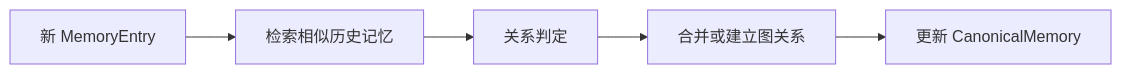
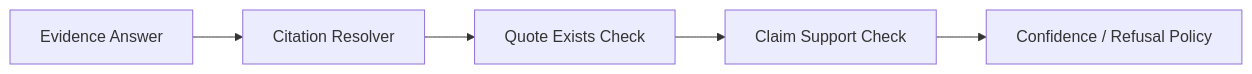
One commit to pretextQ/Reminder changed diagram 12 of 23 in company_target/day1-day20-summary.md. Above: the diagram before and after it, drawn with Mermaid. The commit also changed other lines of this file and 4 other files, not shown here.

````diff
--- a/company_target/day1-day20-summary.md
+++ b/company_target/day1-day20-summary.md
@@ -360,7 +383,7 @@
 ```mermaid
 flowchart LR
-    A[新 MemoryEntry] --> B[检索相似历史记忆]
-    B --> C[关系判定]
-    C --> D[合并或建立图关系]
-    D --> E[更新 CanonicalMemory]
+    A[Evidence Answer] --> B[Citation Resolver]
+    B --> C[Quote Exists Check]
+    C --> D[Claim Support Check]
+    D --> E[Confidence / Refusal Policy]
 ```
````
